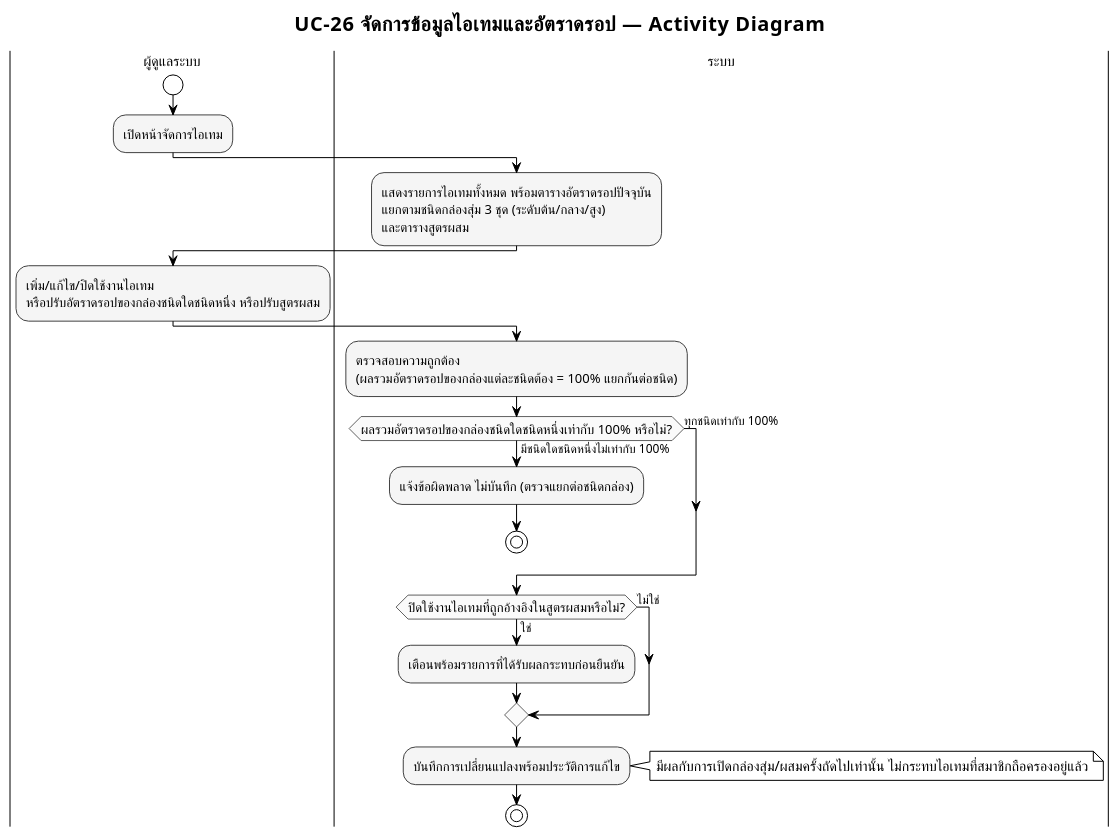
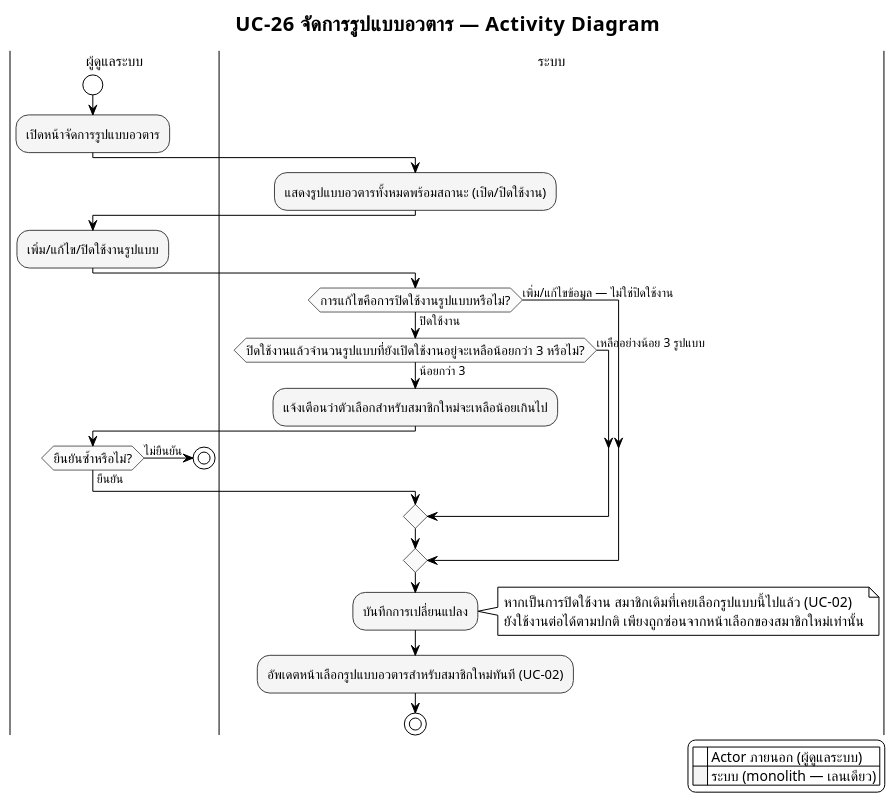
One commit to popotaroman-cloud/dssiprj-pad changed the diagram in proposal/usecase/activity_module7_uc26.puml. Above: the diagram before and after it, drawn with PlantUML. The commit also changed 55 other files, not shown here.

Commit message:
เหลือเช็ค activity , ui , mockup

```diff
--- a/proposal/usecase/activity_module7_uc26.puml
+++ b/proposal/usecase/activity_module7_uc26.puml
@@ -1,55 +1,77 @@
-@startuml M7_activity_จัดการข้อมูลไอเทมและอัตราดรอป
+@startuml M7_activity_จัดการรูปแบบอวตาร
+' ══════════════════════════════════════════════════════════════════
+' รองรับภาษาไทย — อ่านก่อน render:
+' 1. บันทึกไฟล์นี้เป็น UTF-8 (ไม่ต้องมี BOM) เสมอ
+' 2. ถ้า render ผ่าน CLI (plantuml.jar) ต้องระบุ flag encoding ด้วย:
+'      java -Dfile.encoding=UTF-8 -jar plantuml.jar -charset UTF-8 M7_activity_จัดการรูปแบบอวตาร.puml
+' 3. บังคับใช้ Smetana (pure-Java layout engine) แทน Graphviz/dot
+'    เพราะ Graphviz บางระบบ (โดยเฉพาะ Windows) อ่าน UTF-8 ไม่ตรง ทำให้ตัวอักษรไทยเพี้ยน/หาย
 !pragma layout smetana
+' 4. ฟอนต์ที่มีสระ/วรรณยุกต์ไทยครบและ render ผ่าน Java ได้เสถียร
+'    - Windows: "TH Sarabun New" (ฟอนต์มาตรฐานราชการ) หรือ "Tahoma" (มากับเครื่องอยู่แล้ว)
+'    - Linux / PlantUML online server: เปลี่ยนเป็น "Noto Sans Thai" หรือ "Loma"
 skinparam defaultFontName "TH Sarabun New"
 skinparam defaultFontSize 14
+' ══════════════════════════════════════════════════════════════════
 
 !theme plain
 skinparam titleFontName "TH Sarabun New"
 skinparam titleFontSize 20
 skinparam noteFontName "TH Sarabun New"
 skinparam ArrowFontName "TH Sarabun New"
 skinparam ArrowFontSize 12
 skinparam swimlaneTitleFontName "TH Sarabun New"
 skinparam swimlaneTitleFontSize 14
 
+' ===== Monochrome เท่านั้น — ไม่มี partition ไหนสีต่างจากที่อื่น =====
 skinparam activity {
   BackgroundColor #F5F5F5
   BorderColor #424242
   FontName "TH Sarabun New"
   FontSize 13
   DiamondBackgroundColor #FAFAFA
   DiamondBorderColor #616161
 }
 
-title UC-26 จัดการข้อมูลไอเทมและอัตราดรอป — Activity Diagram
+title UC-26 จัดการรูปแบบอวตาร — Activity Diagram
 
 |ผู้ดูแลระบบ|
 start
-:เปิดหน้าจัดการไอเทม;
+:เปิดหน้าจัดการรูปแบบอวตาร;
 
 |ระบบ|
-:แสดงรายการไอเทมทั้งหมด พร้อมตารางอัตราดรอปปัจจุบัน\nแยกตามชนิดกล่องสุ่ม 3 ชุด (ระดับต้น/กลาง/สูง)\nและตารางสูตรผสม;
+:แสดงรูปแบบอวตารทั้งหมดพร้อมสถานะ (เปิด/ปิดใช้งาน);
 
 |ผู้ดูแลระบบ|
-:เพิ่ม/แก้ไข/ปิดใช้งานไอเทม\nหรือปรับอัตราดรอปของกล่องชนิดใดชนิดหนึ่ง หรือปรับสูตรผสม;
+:เพิ่ม/แก้ไข/ปิดใช้งานรูปแบบ;
 
 |ระบบ|
-:ตรวจสอบความถูกต้อง\n(ผลรวมอัตราดรอปของกล่องแต่ละชนิดต้อง = 100% แยกกันต่อชนิด);
-
-if (ผลรวมอัตราดรอปของกล่องชนิดใดชนิดหนึ่งเท่ากับ 100% หรือไม่?) then (มีชนิดใดชนิดหนึ่งไม่เท่ากับ 100%)
-  :แจ้งข้อผิดพลาด ไม่บันทึก (ตรวจแยกต่อชนิดกล่อง);
-  stop
-else (ทุกชนิดเท่ากับ 100%)
+if (การแก้ไขคือการปิดใช้งานรูปแบบหรือไม่?) then (ปิดใช้งาน)
+  if (ปิดใช้งานแล้วจำนวนรูปแบบที่ยังเปิดใช้งานอยู่จะเหลือน้อยกว่า 3 หรือไม่?) then (น้อยกว่า 3)
+    :แจ้งเตือนว่าตัวเลือกสำหรับสมาชิกใหม่จะเหลือน้อยเกินไป;
+    |ผู้ดูแลระบบ|
+    if (ยืนยันซ้ำหรือไม่?) then (ไม่ยืนยัน)
+      stop
+    else (ยืนยัน)
+    endif
+    |ระบบ|
+  else (เหลืออย่างน้อย 3 รูปแบบ)
+  endif
+else (เพิ่ม/แก้ไขข้อมูล — ไม่ใช่ปิดใช้งาน)
 endif
 
-if (ปิดใช้งานไอเทมที่ถูกอ้างอิงในสูตรผสมหรือไม่?) then (ใช่)
-  :เตือนพร้อมรายการที่ได้รับผลกระทบก่อนยืนยัน;
-else (ไม่ใช่)
-endif
-
-:บันทึกการเปลี่ยนแปลงพร้อมประวัติการแก้ไข;
-note right: มีผลกับการเปิดกล่องสุ่ม/ผสมครั้งถัดไปเท่านั้น ไม่กระทบไอเทมที่สมาชิกถือครองอยู่แล้ว
+:บันทึกการเปลี่ยนแปลง;
+note right
+  หากเป็นการปิดใช้งาน สมาชิกเดิมที่เคยเลือกรูปแบบนี้ไปแล้ว (UC-02)
+  ยังใช้งานต่อได้ตามปกติ เพียงถูกซ่อนจากหน้าเลือกของสมาชิกใหม่เท่านั้น
+end note
+:อัพเดตหน้าเลือกรูปแบบอวตารสำหรับสมาชิกใหม่ทันที (UC-02);
 
 stop
 
+legend right
+  |<back:white>    </back>| Actor ภายนอก (ผู้ดูแลระบบ) |
+  |<back:#F5F5F5>    </back>| ระบบ (monolith — เลนเดียว) |
+endlegend
+
 @enduml
```
